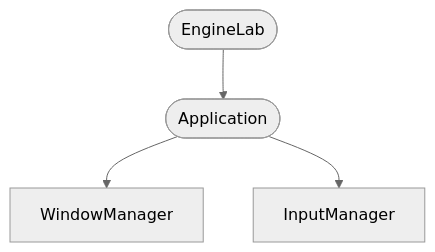
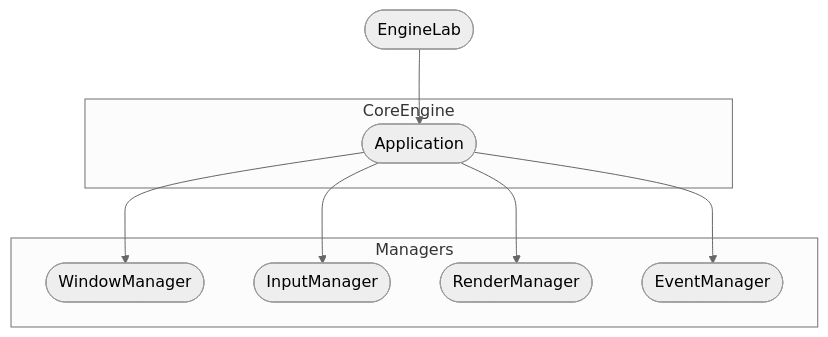
One commit to devk0n/EngineLab changed the diagram in README.md. Above: the diagram before and after it, drawn with Mermaid (neutral theme).

Commit message:
Update flowchart in README to reflect new structure
Changed the flowchart orientation and added new subsystems, components, and connections to better represent the updated architecture of the EngineLab project. This improves clarity and aligns documentation with the latest implementation.

````diff
--- a/README.md
+++ b/README.md
@@ -1,8 +1,21 @@
 ```mermaid
-flowchart TB
-    usm([EngineLab])
+flowchart TD
+    usm([EngineLab]):::main
 
-    usm --> asm([Application])
-    asm --> s_a["WindowManager"]
-    asm --> s_b["InputManager"]
+    subgraph CoreEngine
+        asm([Application]):::subsystem
+    end
+
+    subgraph Managers
+        s_a(["WindowManager"]):::component
+        s_b(["InputManager"]):::component
+        s_c(["RenderManager"]):::component
+        s_d(["EventManager"]):::component
+    end
+
+    usm --> asm
+    asm --> s_a
+    asm --> s_b
+    asm --> s_c
+    asm --> s_d
 ```
````
